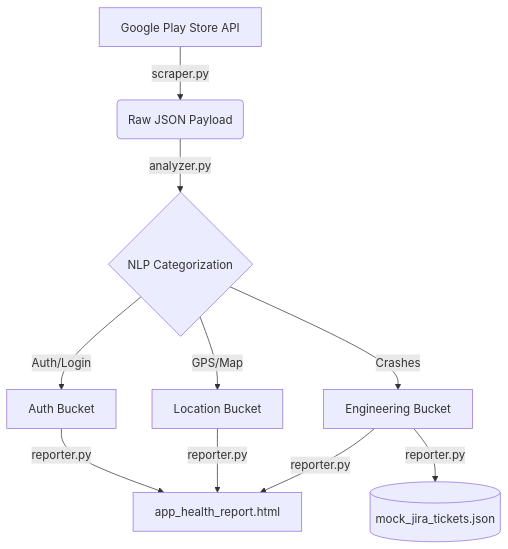
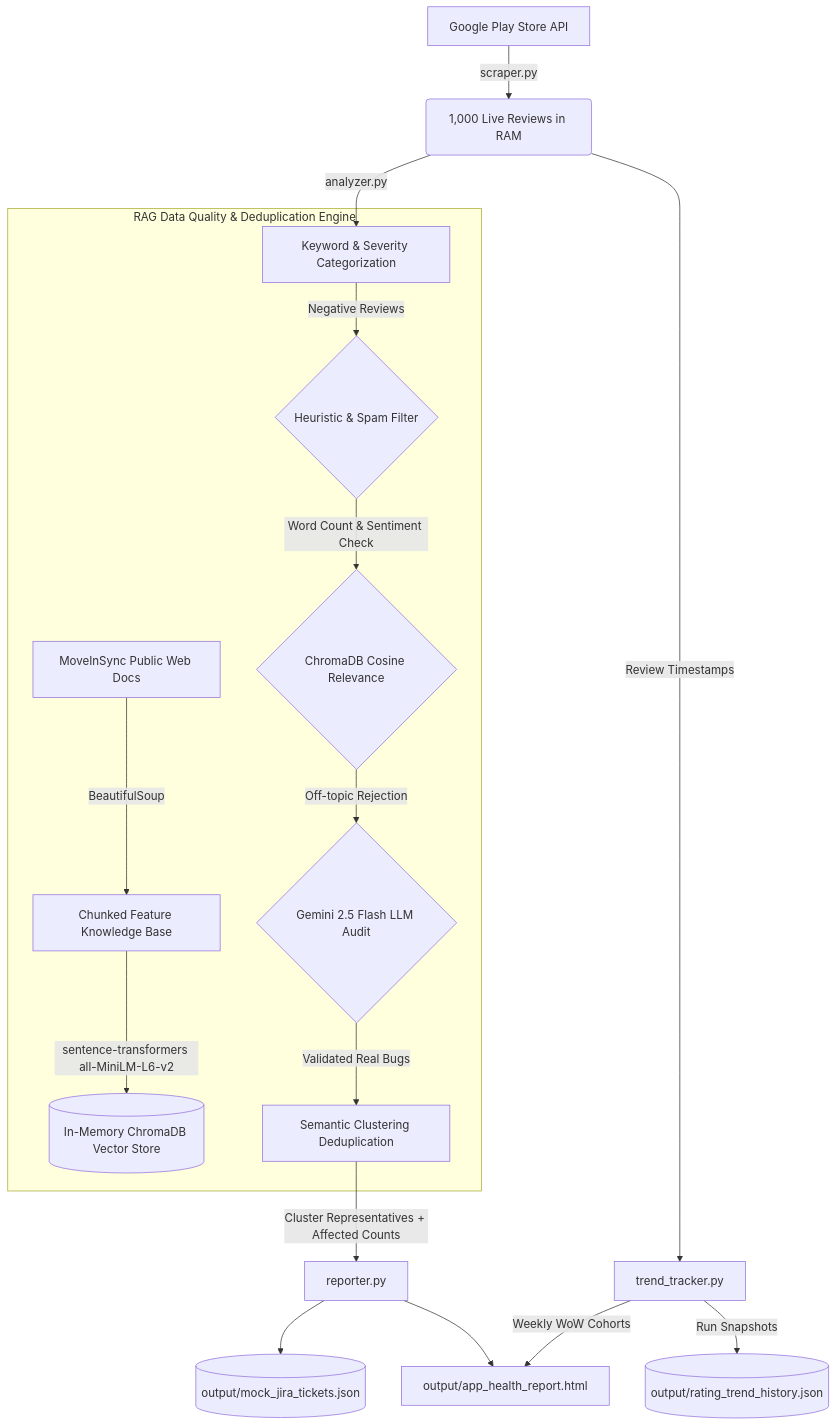
The diagram in README.md (shyam-medh/moveinsync-playstore-triage), drawn with Mermaid before and after one commit. The commit also changed other lines of this file and 17 other files, not shown here.

Commit message:
feat: complete play store triage pipeline, executive PDF deliverables, and monitoring dashboard

````diff
--- a/README.md
+++ b/README.md
@@ -36,10 +49,21 @@
 ```mermaid
 graph TD;
-    A[Google Play Store API] -->|scraper.py| B(Raw JSON Payload)
-    B -->|analyzer.py| C{NLP Categorization}
-    C -->|Auth/Login| D[Auth Bucket]
-    C -->|GPS/Map| E[Location Bucket]
-    C -->|Crashes| F[Engineering Bucket]
-    F -->|reporter.py| G[(mock_jira_tickets.json)]
-    D & E & F -->|reporter.py| H[app_health_report.html]
+    A[Google Play Store API] -->|scraper.py| B(1,000 Live Reviews in RAM)
+    B -->|analyzer.py| C[Keyword & Severity Categorization]
+    
+    subgraph RAG_Layer [RAG Data Quality & Deduplication Engine]
+        D[MoveInSync Public Web Docs] -->|BeautifulSoup| E[Chunked Feature Knowledge Base]
+        E -->|sentence-transformers all-MiniLM-L6-v2| F[(In-Memory ChromaDB Vector Store)]
+        C -->|Negative Reviews| G{Heuristic & Spam Filter}
+        G -->|Word Count & Sentiment Check| H{ChromaDB Cosine Relevance}
+        H -->|Off-topic Rejection| I{Gemini 2.5 Flash LLM Audit}
+        I -->|Validated Real Bugs| J[Semantic Clustering Deduplication]
+    end
+    
+    J -->|Cluster Representatives + Affected Counts| K[reporter.py]
+    K --> L[(output/mock_jira_tickets.json)]
+    K --> M[output/app_health_report.html]
+    B -->|Review Timestamps| N[trend_tracker.py]
+    N -->|Weekly WoW Cohorts| M
+    N -->|Run Snapshots| O[(output/rating_trend_history.json)]
 ```
````
